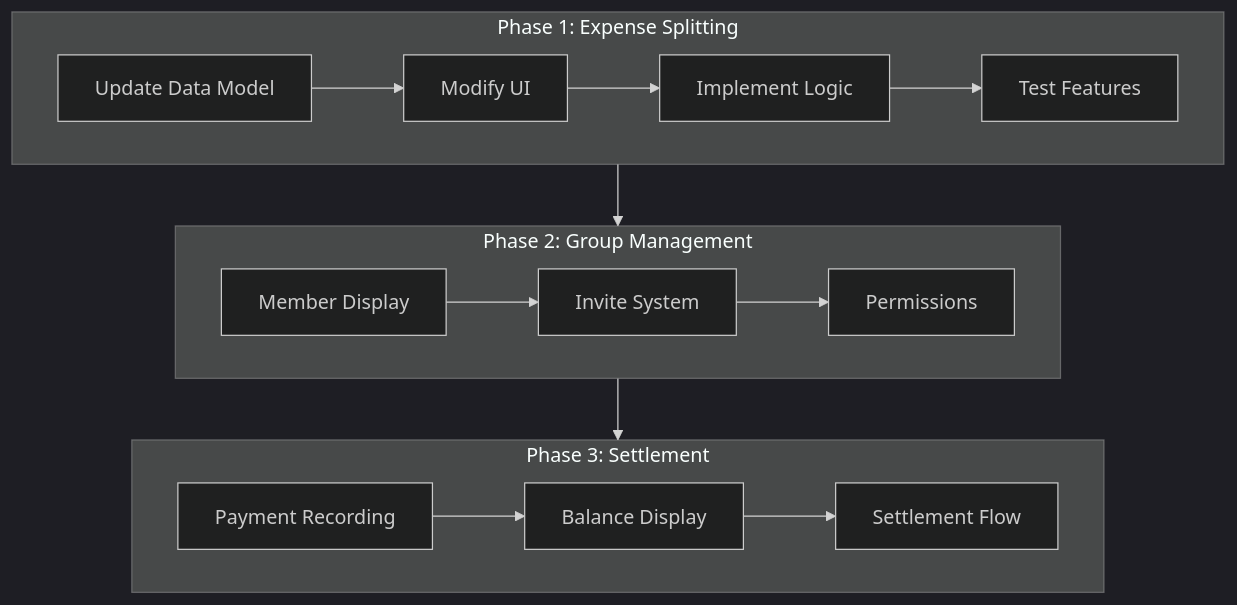
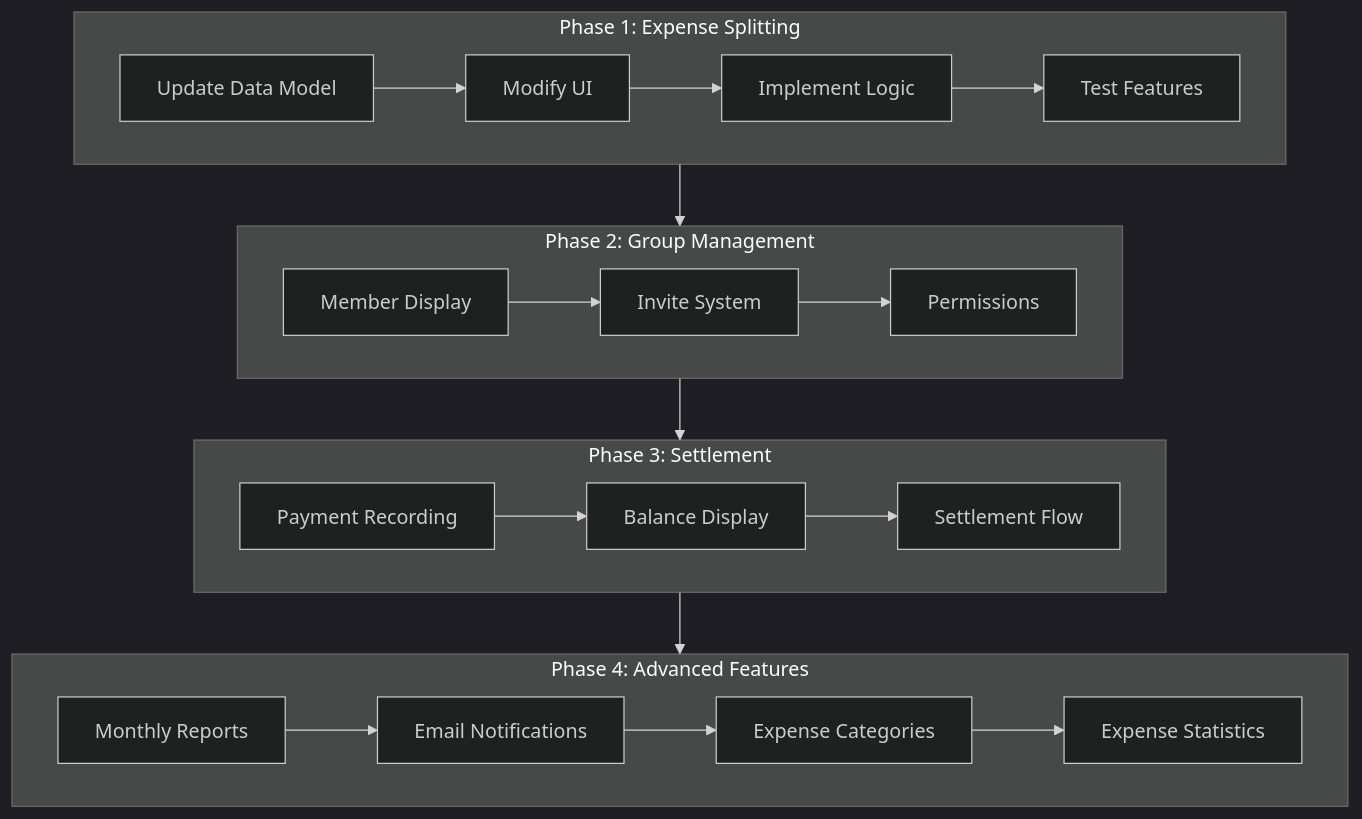
One commit to YousafKhan7/hostel-expense-tracker changed the third of 5 diagrams in memory-bank/system-diagram.md. Above: the diagram before and after it, drawn with Mermaid (dark theme). The commit also changed other lines of this file and 10 other files, not shown here.

````diff
--- a/memory-bank/system-diagram.md
+++ b/memory-bank/system-diagram.md
@@ -38,21 +38,28 @@
 ```mermaid
 graph TD
     subgraph Phase1[Phase 1: Expense Splitting]
         A[Update Data Model] --> B[Modify UI]
         B --> C[Implement Logic]
         C --> D[Test Features]
     end
     
     subgraph Phase2[Phase 2: Group Management]
         E[Member Display] --> F[Invite System]
         F --> G[Permissions]
     end
     
     subgraph Phase3[Phase 3: Settlement]
         H[Payment Recording] --> I[Balance Display]
         I --> J[Settlement Flow]
     end
     
+    subgraph Phase4[Phase 4: Advanced Features]
+        K[Monthly Reports] --> L[Email Notifications]
+        L --> M[Expense Categories]
+        M --> N[Expense Statistics]
+    end
+    
     Phase1 --> Phase2
     Phase2 --> Phase3
-``` 
+    Phase3 --> Phase4
+```
````
